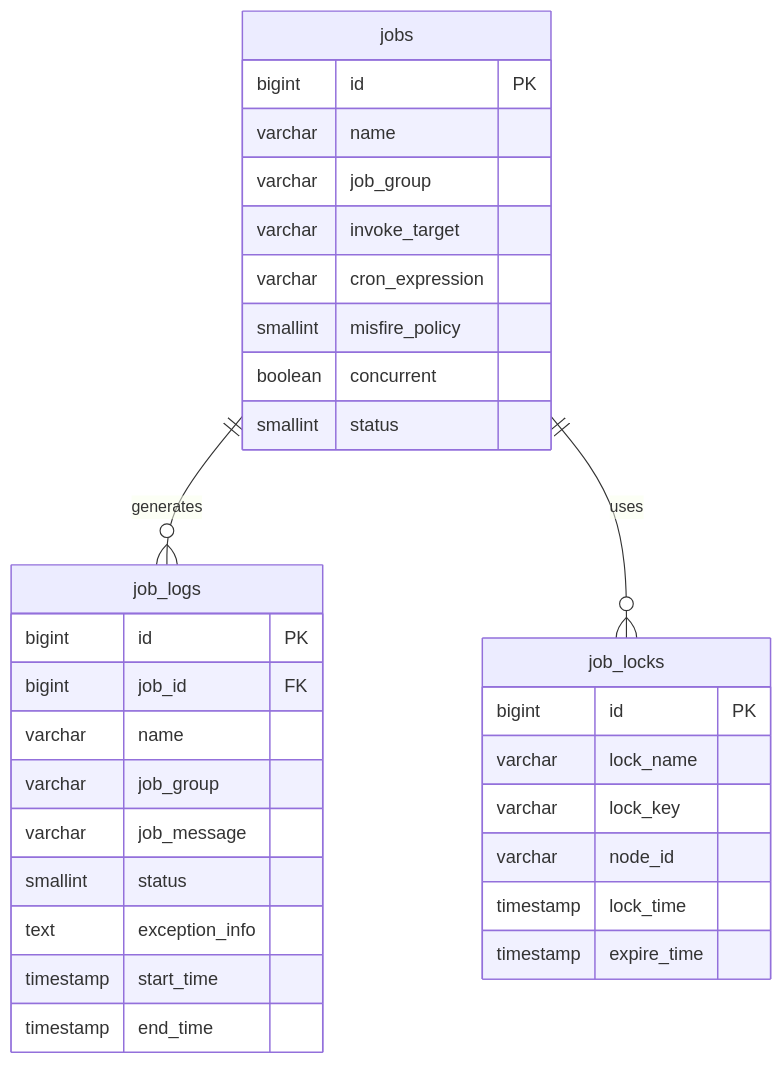
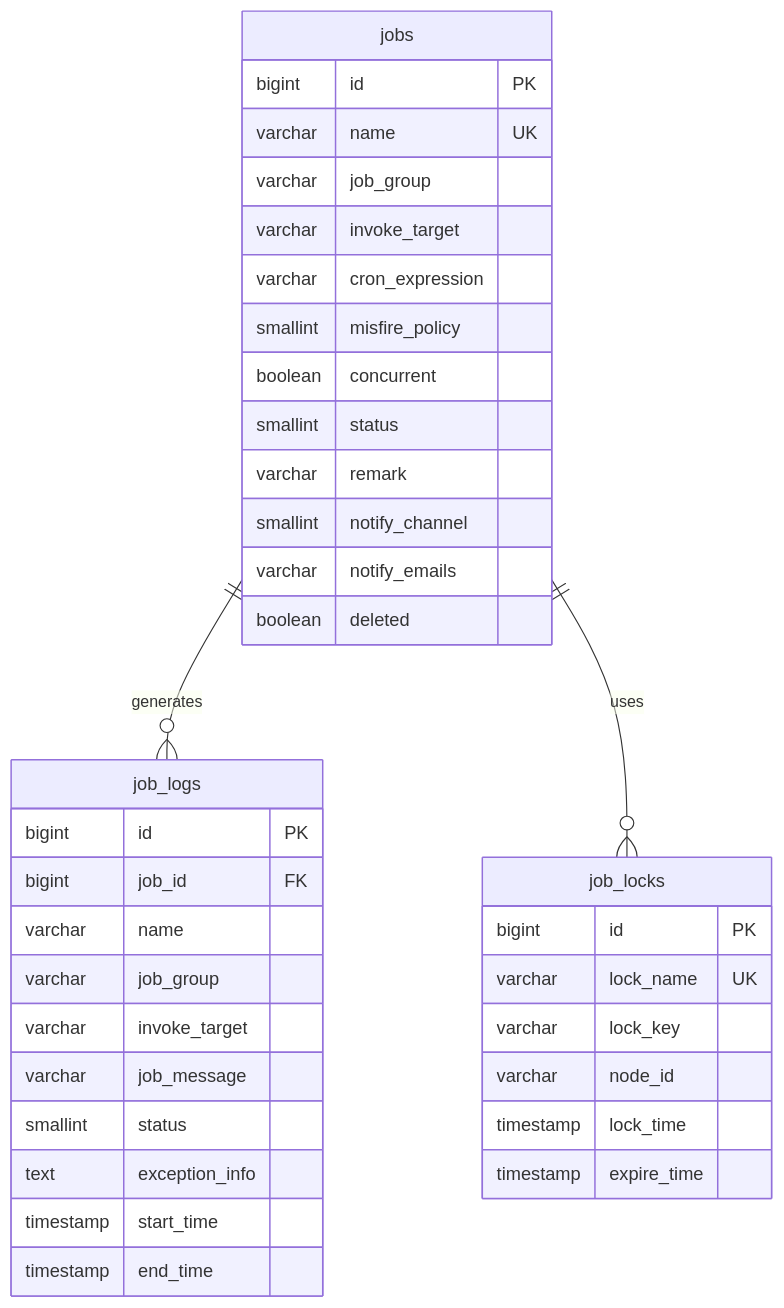
The seventh of 7 diagrams in docs/database-design.md (lying200/java-cloud), drawn with Mermaid before and after one commit. The commit also changed other lines of this file and 8 other files, not shown here.

````diff
--- a/docs/database-design.md
+++ b/docs/database-design.md
@@ -353,37 +415,42 @@
 ```mermaid
 erDiagram
     jobs ||--o{ job_logs : "generates"
     jobs ||--o{ job_locks : "uses"
 
     jobs {
         bigint id PK
-        varchar name
+        varchar name UK
         varchar job_group
         varchar invoke_target
         varchar cron_expression
         smallint misfire_policy
         boolean concurrent
         smallint status
+        varchar remark
+        smallint notify_channel
+        varchar notify_emails
+        boolean deleted
     }
 
     job_logs {
         bigint id PK
         bigint job_id FK
         varchar name
         varchar job_group
+        varchar invoke_target
         varchar job_message
         smallint status
         text exception_info
         timestamp start_time
         timestamp end_time
     }
 
     job_locks {
         bigint id PK
-        varchar lock_name
+        varchar lock_name UK
         varchar lock_key
         varchar node_id
         timestamp lock_time
         timestamp expire_time
     }
 ```
````
